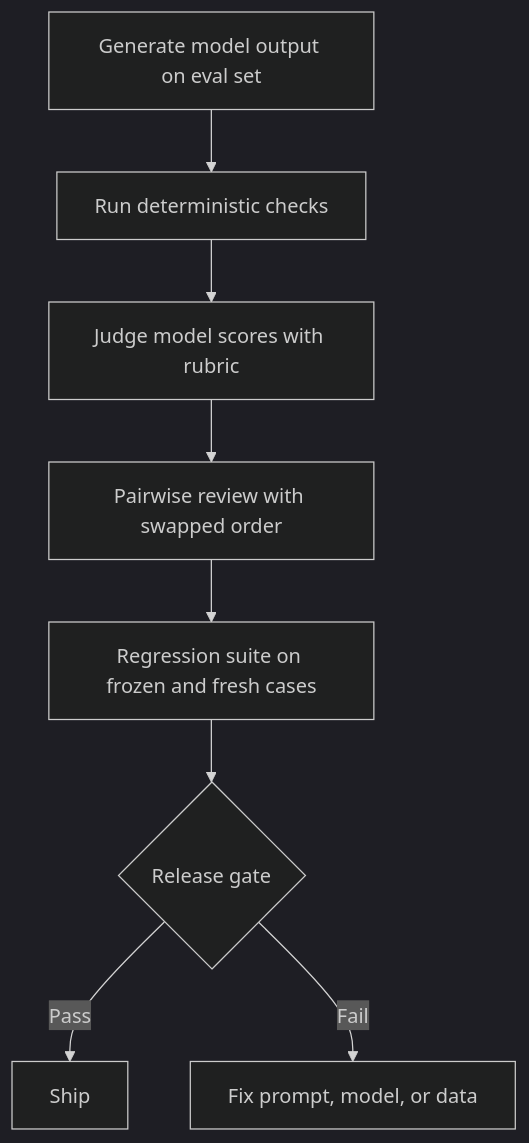
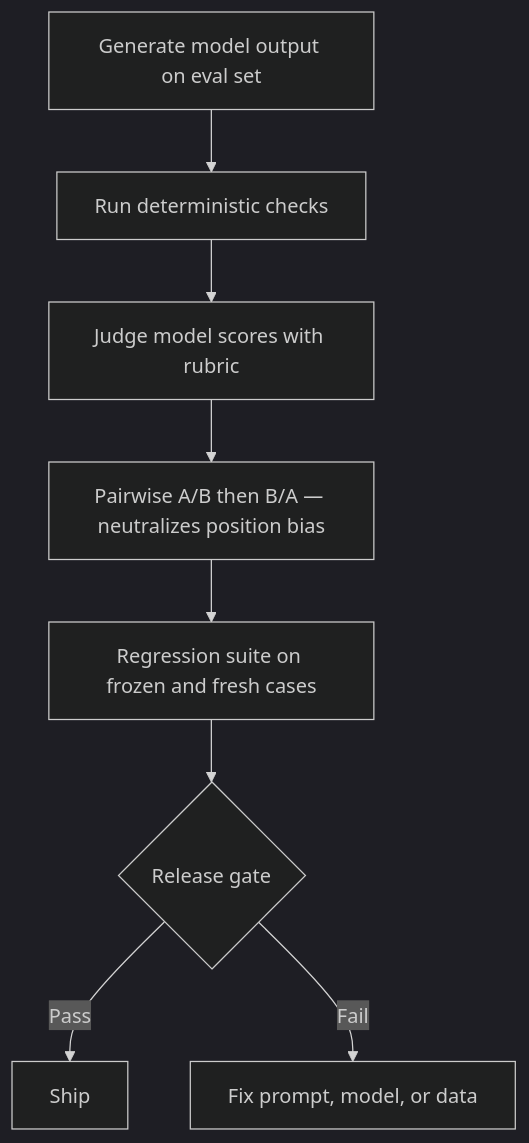
Before and after one commit to grasdouble/sebastien-lemouillour.fr: the diagram in packages/parcels/learn/src/data/content/ia-llm/understanding-llms/automated-llm-evaluation.en.md, drawn with Mermaid (dark theme). The commit also changed other lines of this file and 13 other files, not shown here.

````diff
--- a/packages/parcels/learn/src/data/content/ia-llm/understanding-llms/automated-llm-evaluation.en.md
+++ b/packages/parcels/learn/src/data/content/ia-llm/understanding-llms/automated-llm-evaluation.en.md
@@ -14,10 +14,10 @@
 ```mermaid
 flowchart TD
   A[Generate model output on eval set] --> B[Run deterministic checks]
   B --> C[Judge model scores with rubric]
-  C --> D[Pairwise review with swapped order]
+  C --> D[Pairwise A/B then B/A — neutralizes position bias]
   D --> E[Regression suite on frozen and fresh cases]
   E --> F{Release gate}
   F -->|Pass| G[Ship]
   F -->|Fail| H[Fix prompt, model, or data]
 ```
````
